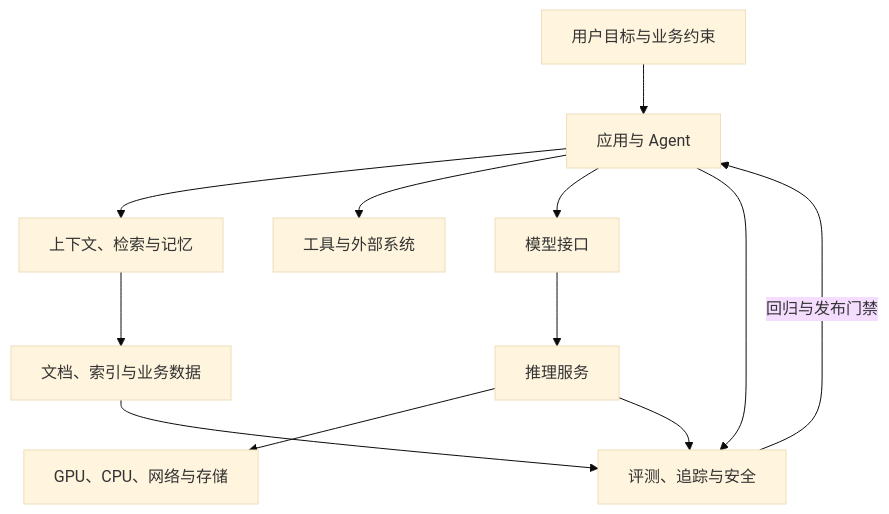
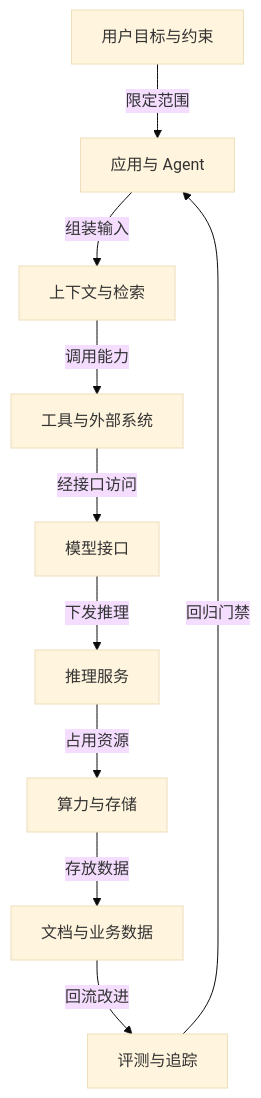
Before and after one commit to hub138/technical-knowledge: the first of 6 diagrams in vault/工程知识/AI 系统工程：从模型能力到生产能力/AI系统工程：把模型能力变成生产能力.md, drawn with Mermaid (base theme). The commit also changed other lines of this file and 622 other files, not shown here.

````diff
--- a/vault/工程知识/AI 系统工程：从模型能力到生产能力/AI系统工程：把模型能力变成生产能力.md
+++ b/vault/工程知识/AI 系统工程：从模型能力到生产能力/AI系统工程：把模型能力变成生产能力.md
@@ -28,14 +33,12 @@
-~~~mermaid
-flowchart TB
-    U[用户目标与业务约束] --> A[应用与 Agent]
-    A --> C[上下文、检索与记忆]
-    A --> T[工具与外部系统]
-    A --> M[模型接口]
-    M --> S[推理服务]
-    S --> R[GPU、CPU、网络与存储]
-    C --> D[文档、索引与业务数据]
-    A --> Q[评测、追踪与安全]
-    S --> Q
-    D --> Q
-    Q -->|回归与发布门禁| A
-~~~
+```mermaid
+flowchart TD
+    U[用户目标与约束] -->|限定范围| A[应用与 Agent]
+    A -->|组装输入| C[上下文与检索]
+    C -->|调用能力| T[工具与外部系统]
+    T -->|经接口访问| M[模型接口]
+    M -->|下发推理| S[推理服务]
+    S -->|占用资源| R[算力与存储]
+    R -->|存放数据| D[文档与业务数据]
+    D -->|回流改进| Q[评测与追踪]
+    Q -->|回归门禁| A
+```
````
